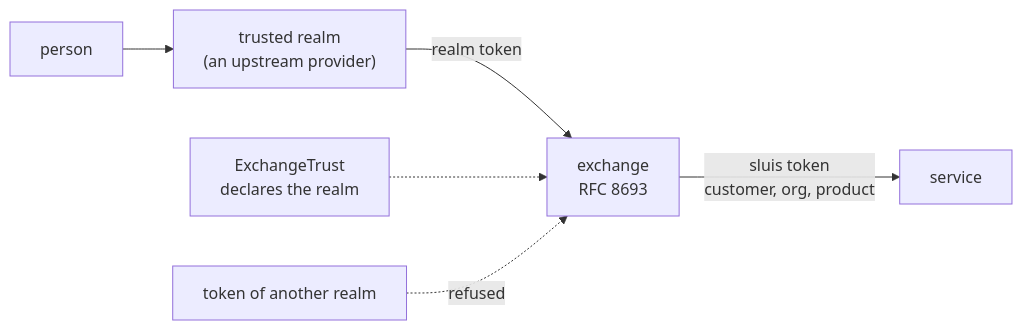
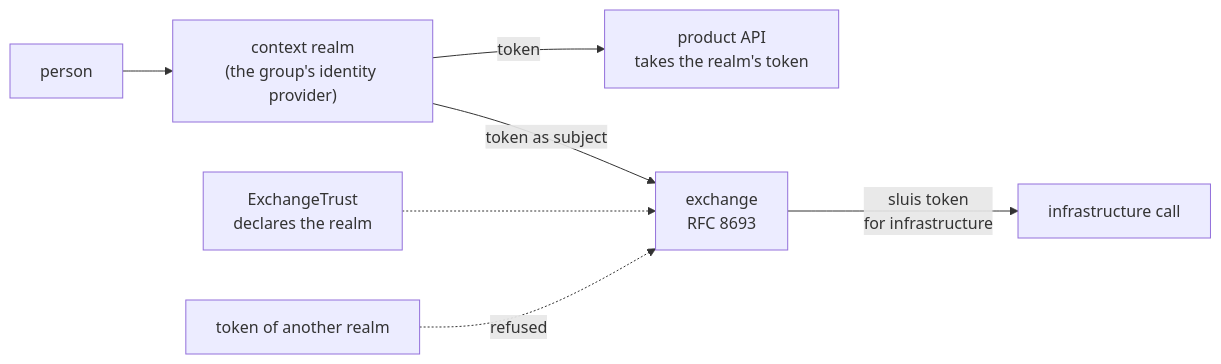
The first of 2 diagrams in docs/concepts/identity.md (truvity/sluis), drawn with Mermaid before and after one commit. The commit also changed other lines of this file and 44 other files, not shown here.

First line of the commit message:
docs: customers use the group's identity provider, and SSM stays the only secret store (ADR 0048, 0049)

````diff
--- a/docs/concepts/identity.md
+++ b/docs/concepts/identity.md
@@ -78,8 +80,9 @@
 ```mermaid
 flowchart LR
-  user["person"] --> realm["trusted realm<br/>(an upstream provider)"]
-  realm -->|"realm token"| xchg["exchange<br/>RFC 8693"]
+  user["person"] --> realm["context realm<br/>(the group's identity provider)"]
+  realm -->|"token"| prod["product API<br/>takes the realm's token"]
+  realm -->|"token as subject"| xchg["exchange<br/>RFC 8693"]
   trust["ExchangeTrust<br/>declares the realm"] -.-> xchg
-  xchg -->|"sluis token<br/>customer, org, product"| svc["service"]
+  xchg -->|"sluis token<br/>for infrastructure"| infra["infrastructure call"]
   other["token of another realm"] -.->|"refused"| xchg
 ```
````
